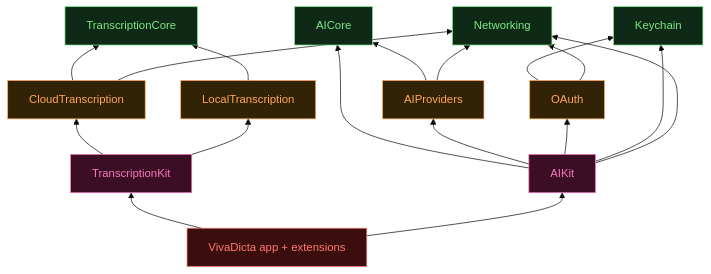
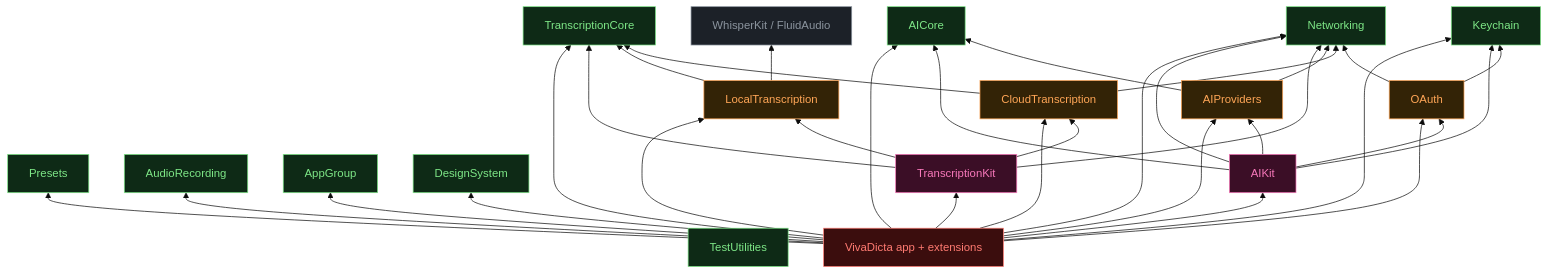
One commit to n0an/VivaDicta changed the second of 4 diagrams in README.md. Above: the diagram before and after it, drawn with Mermaid (base theme). The commit also changed other lines of this file and 1 other file, not shown here.

Commit message:
Restore the full module dependency graph
Bring back every module (the leaf cores Presets / AudioRecording /
AppGroup / DesignSystem / TestUtilities, the WhisperKit external) and
the complete app fan-out from VivaDicta into both graphs - the prior
de-clutter had dropped them. Sourced from the canonical diagram in
llmtemp/Module-Architecture.html, plus AudioRecording (added since
that snapshot) and the verified TranscriptionKit -> Networking edge.

````diff
--- a/README.md
+++ b/README.md
@@ -160,40 +162,69 @@
 ```mermaid
 graph BT
   classDef core fill:#0e2a16,stroke:#7ee787,color:#7ee787
   classDef adapter fill:#332306,stroke:#ffa657,color:#ffa657
   classDef orchestrator fill:#3b0e26,stroke:#f778ba,color:#f778ba
   classDef app fill:#3b0d0d,stroke:#ff7b72,color:#ff7b72
+  classDef external fill:#1c2128,stroke:#8b949e,color:#8b949e
 
+  %% Core
   Networking[Networking]:::core
   Keychain[Keychain]:::core
+  Presets[Presets]:::core
+  TranscriptionCore[TranscriptionCore]:::core
   AICore[AICore]:::core
-  TranscriptionCore[TranscriptionCore]:::core
+  AudioRecording[AudioRecording]:::core
+  AppGroup[AppGroup]:::core
+  DesignSystem[DesignSystem]:::core
+  TestUtilities[TestUtilities]:::core
 
+  %% Adapters
   OAuth[OAuth]:::adapter
-  AIProviders[AIProviders]:::adapter
   CloudTranscription[CloudTranscription]:::adapter
   LocalTranscription[LocalTranscription]:::adapter
+  AIProviders[AIProviders]:::adapter
 
+  %% Orchestrators
   TranscriptionKit[TranscriptionKit]:::orchestrator
   AIKit[AIKit]:::orchestrator
 
-  App["VivaDicta app + extensions"]:::app
+  %% App
+  VivaDicta[VivaDicta app + extensions]:::app
+
+  %% External
+  WhisperKit[WhisperKit / FluidAudio]:::external
 
   OAuth --> Keychain
   OAuth --> Networking
-  AIProviders --> AICore
-  AIProviders --> Networking
   CloudTranscription --> TranscriptionCore
   CloudTranscription --> Networking
   LocalTranscription --> TranscriptionCore
+  LocalTranscription --> WhisperKit
+  AIProviders --> AICore
+  AIProviders --> Networking
+
+  TranscriptionKit --> TranscriptionCore
   TranscriptionKit --> CloudTranscription
   TranscriptionKit --> LocalTranscription
+  TranscriptionKit --> Networking
   AIKit --> AICore
   AIKit --> AIProviders
+  AIKit --> Keychain
   AIKit --> OAuth
-  AIKit --> Keychain
   AIKit --> Networking
 
-  App --> TranscriptionKit
-  App --> AIKit
+  VivaDicta --> TranscriptionKit
+  VivaDicta --> AIKit
+  VivaDicta --> CloudTranscription
+  VivaDicta --> LocalTranscription
+  VivaDicta --> OAuth
+  VivaDicta --> AIProviders
+  VivaDicta --> TranscriptionCore
+  VivaDicta --> AICore
+  VivaDicta --> Keychain
+  VivaDicta --> Networking
+  VivaDicta --> Presets
+  VivaDicta --> AudioRecording
+  VivaDicta --> AppGroup
+  VivaDicta --> DesignSystem
 ```
````
